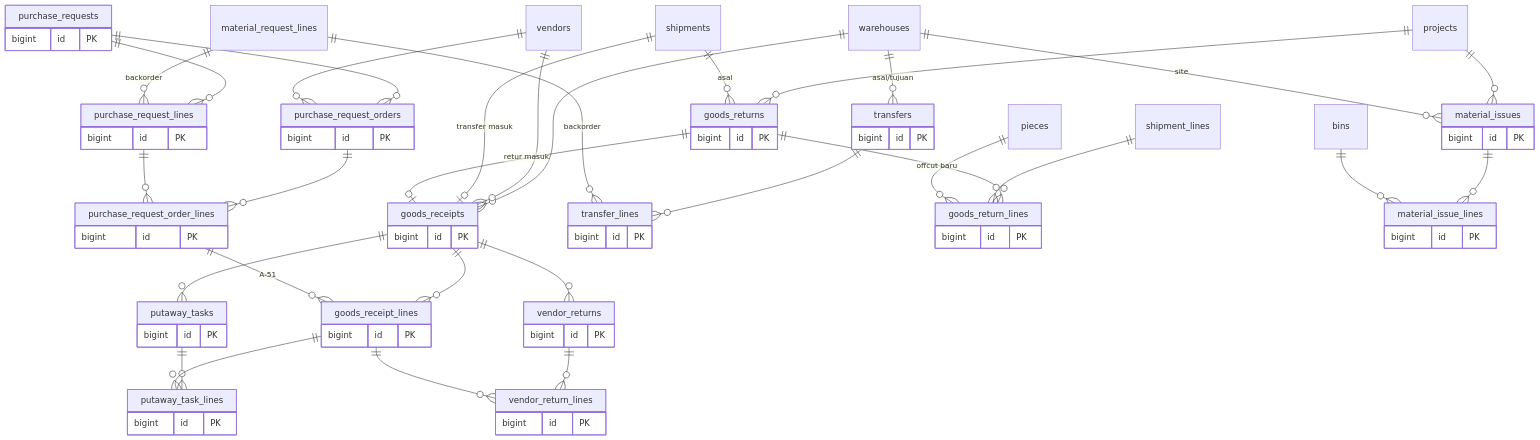
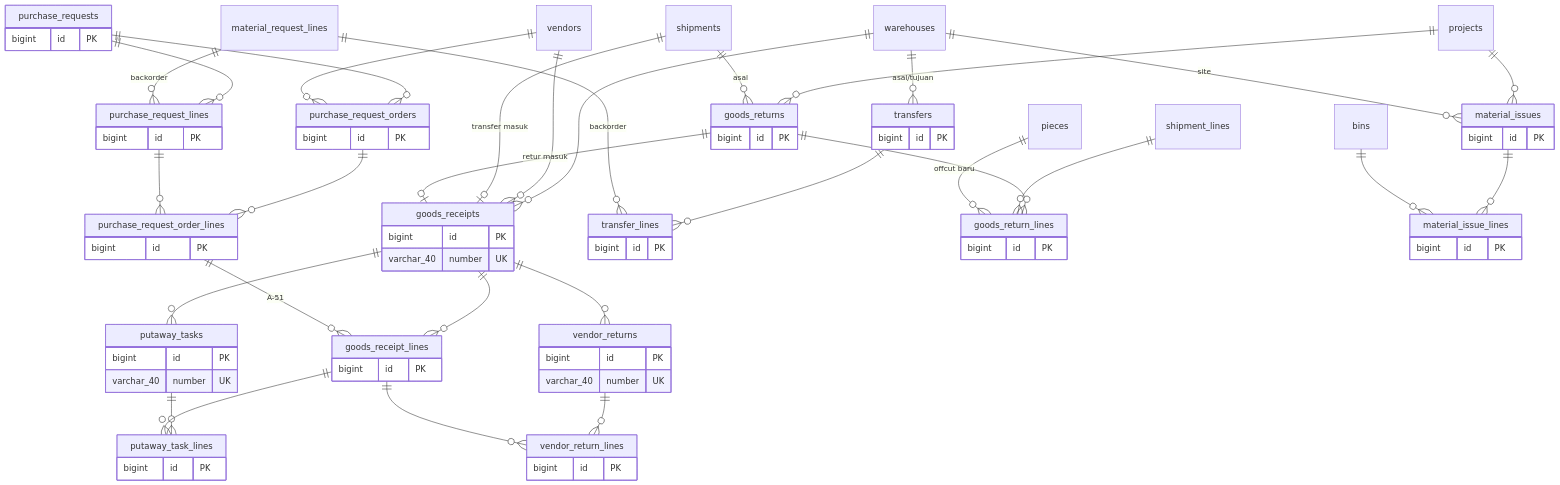
Before and after one commit to HengkyDarmawan/wms: the third of 3 diagrams in docs/wms/08b-model-data-stok-dokumen.md, drawn with Mermaid. The commit also changed other lines of this file and 301 other files, not shown here.

```diff
--- a/docs/wms/08b-model-data-stok-dokumen.md
+++ b/docs/wms/08b-model-data-stok-dokumen.md
@@ -191,18 +192,21 @@
 erDiagram
   goods_receipts {
     bigint id PK
+    varchar_40 number UK
   }
   goods_receipt_lines {
     bigint id PK
   }
   putaway_tasks {
     bigint id PK
+    varchar_40 number UK
   }
   putaway_task_lines {
     bigint id PK
   }
   vendor_returns {
     bigint id PK
+    varchar_40 number UK
   }
   vendor_return_lines {
     bigint id PK
```
